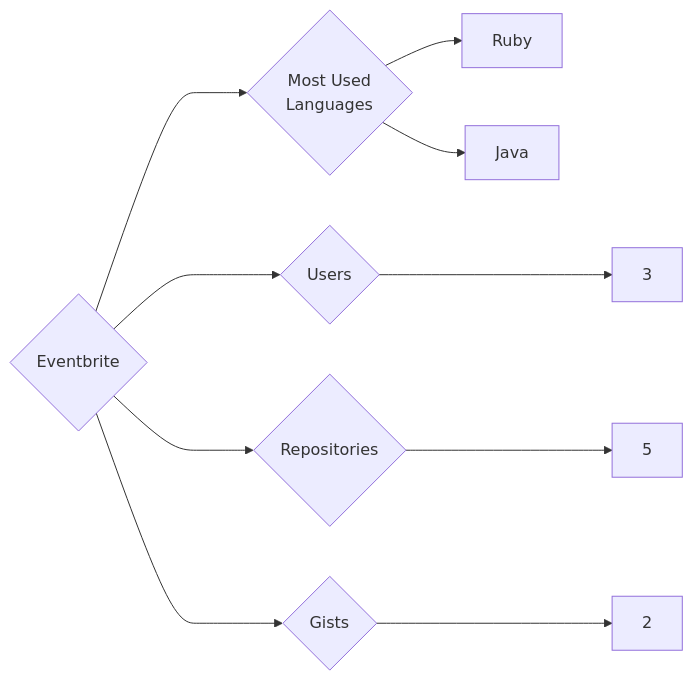
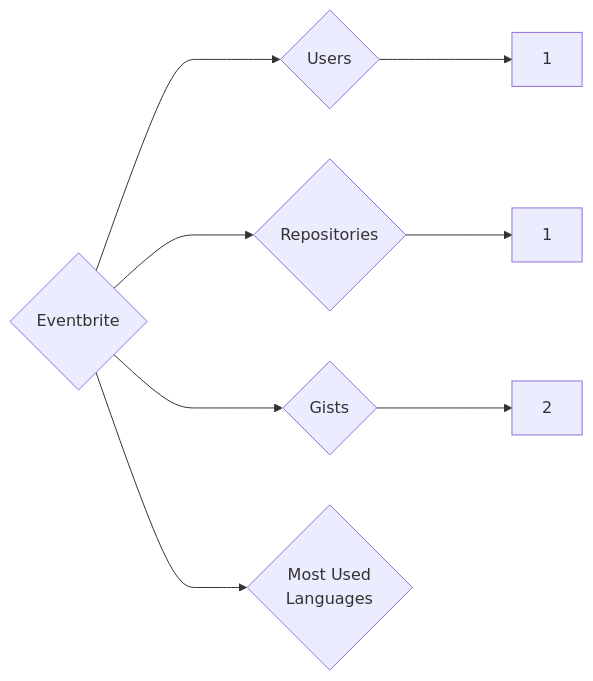
One commit to trickest/insiders changed the diagram in targets/Eventbrite/README.md. Above: the diagram before and after it, drawn with Mermaid. The commit also changed 1089 other files, not shown here.

````diff
--- a/targets/Eventbrite/README.md
+++ b/targets/Eventbrite/README.md
@@ -3,10 +3,8 @@
 ```mermaid
 graph LR
 COMPANY_NAME{Eventbrite}
-COMPANY_NAME ---> U{Users} ---> UN[3]
-COMPANY_NAME ---> R{Repositories} ---> RN[5]
+COMPANY_NAME ---> U{Users} ---> UN[1]
+COMPANY_NAME ---> R{Repositories} ---> RN[1]
 COMPANY_NAME ---> G{Gists} ---> GN[2]
 COMPANY_NAME ---> ML{Most Used<br>Languages}
-ML --> Ruby[Ruby]
-ML --> Java[Java]
 ```
````
